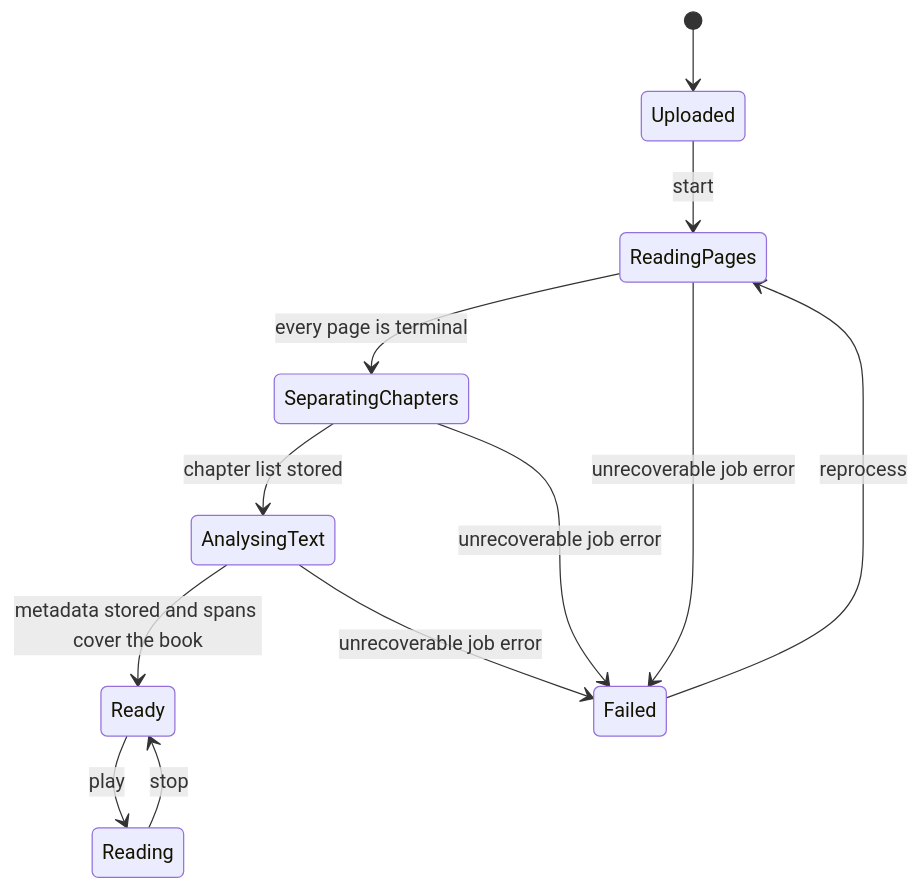
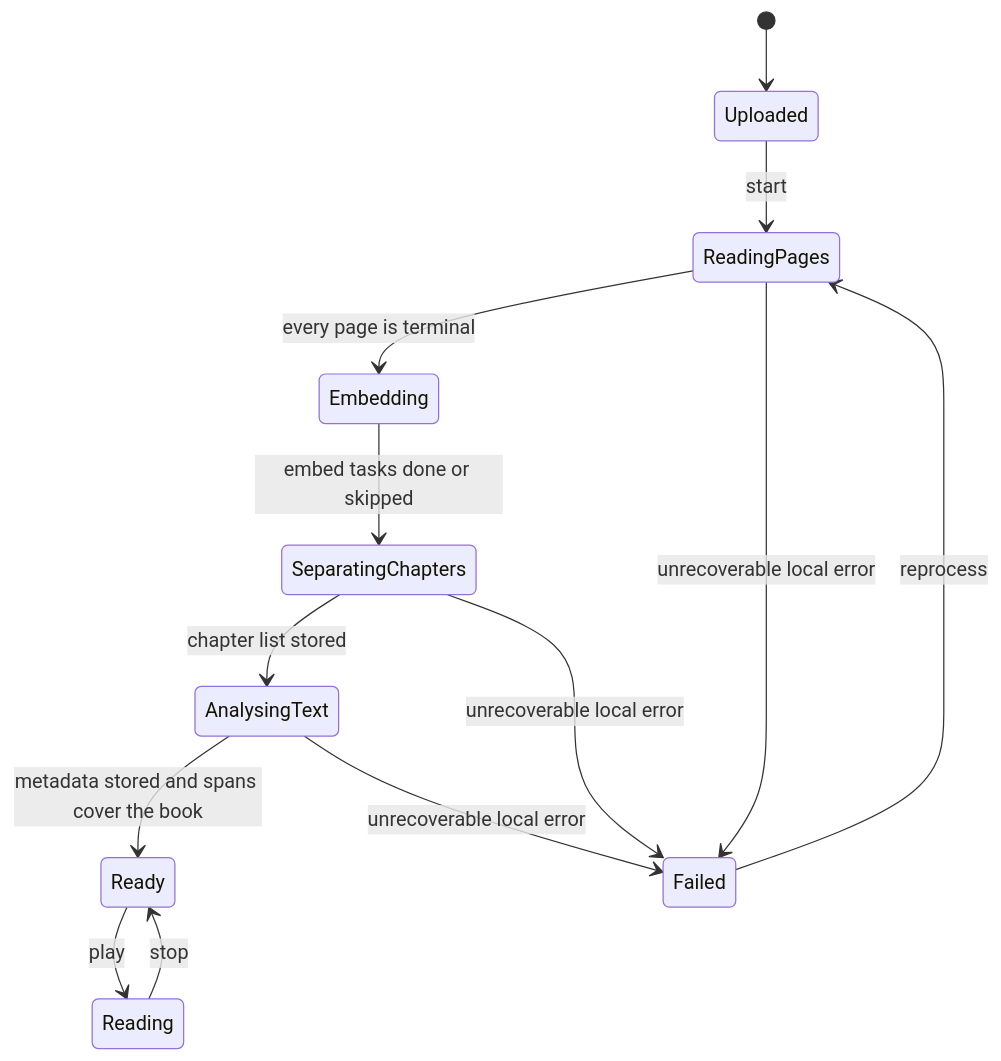
One commit to manishsharma004/open-book-reader changed the third of 6 diagrams in specs/discussion/DESIGN.md. Above: the diagram before and after it, drawn with Mermaid. The commit also changed other lines of this file and 1 other file, not shown here.

````diff
--- a/specs/discussion/DESIGN.md
+++ b/specs/discussion/DESIGN.md
@@ -120,14 +249,15 @@
 ```mermaid
 stateDiagram-v2
   [*] --> Uploaded
   Uploaded --> ReadingPages: start
-  ReadingPages --> SeparatingChapters: every page is terminal
+  ReadingPages --> Embedding: every page is terminal
+  Embedding --> SeparatingChapters: embed tasks done or skipped
   SeparatingChapters --> AnalysingText: chapter list stored
   AnalysingText --> Ready: metadata stored and spans cover the book
-  ReadingPages --> Failed: unrecoverable job error
-  SeparatingChapters --> Failed: unrecoverable job error
-  AnalysingText --> Failed: unrecoverable job error
+  ReadingPages --> Failed: unrecoverable local error
+  SeparatingChapters --> Failed: unrecoverable local error
+  AnalysingText --> Failed: unrecoverable local error
   Failed --> ReadingPages: reprocess
   Ready --> Reading: play
   Reading --> Ready: stop
 ```
````
